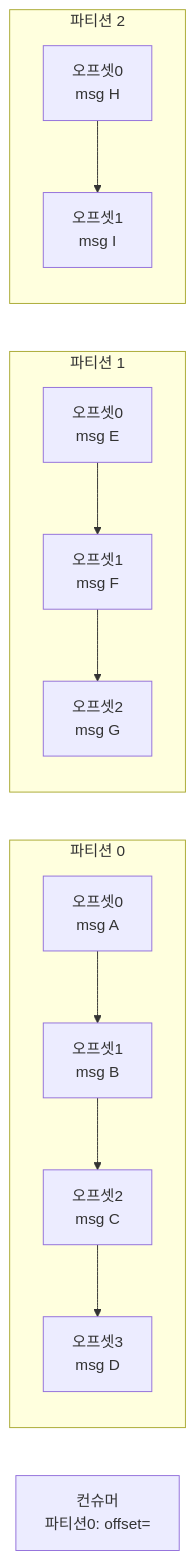
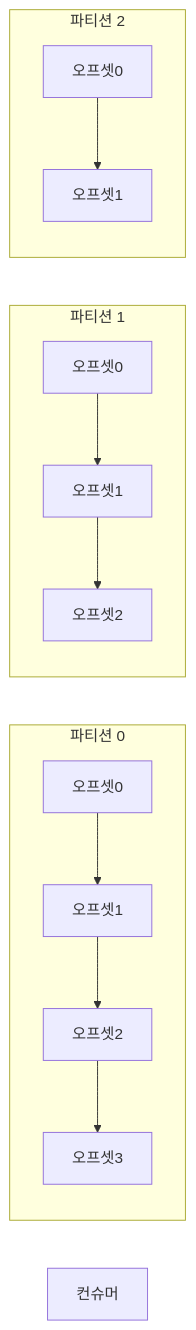
The second of 12 diagrams in _posts/kafka/2026-05-02-kafka-deep.md (yjkim2015/yjkim2015.github.io), drawn with Mermaid before and after one commit. The commit also changed other lines of this file and 217 other files, not shown here.

First line of the commit message:
Mermaid 크기 수정: useMaxWidth:true + SVG max-width:100% + 라벨 축소

````diff
--- a/_posts/kafka/2026-05-02-kafka-deep.md
+++ b/_posts/kafka/2026-05-02-kafka-deep.md
@@ -48,13 +48,13 @@
 ```mermaid
 graph LR
     subgraph "파티션 0"
-        M0["오프셋0\nmsg A"] --> M1["오프셋1\nmsg B"] --> M2["오프셋2\nmsg C"] --> M3["오프셋3\nmsg D"]
+        M0["오프셋0"] --> M1["오프셋1"] --> M2["오프셋2"] --> M3["오프셋3"]
     end
     subgraph "파티션 1"
-        N0["오프셋0\nmsg E"] --> N1["오프셋1\nmsg F"] --> N2["오프셋2\nmsg G"]
+        N0["오프셋0"] --> N1["오프셋1"] --> N2["오프셋2"]
     end
     subgraph "파티션 2"
-        O0["오프셋0\nmsg H"] --> O1["오프셋1\nmsg I"]
+        O0["오프셋0"] --> O1["오프셋1"]
     end
-    Consumer["컨슈머\n파티션0: offset="]
+    Consumer["컨슈머"]
 ```
````
